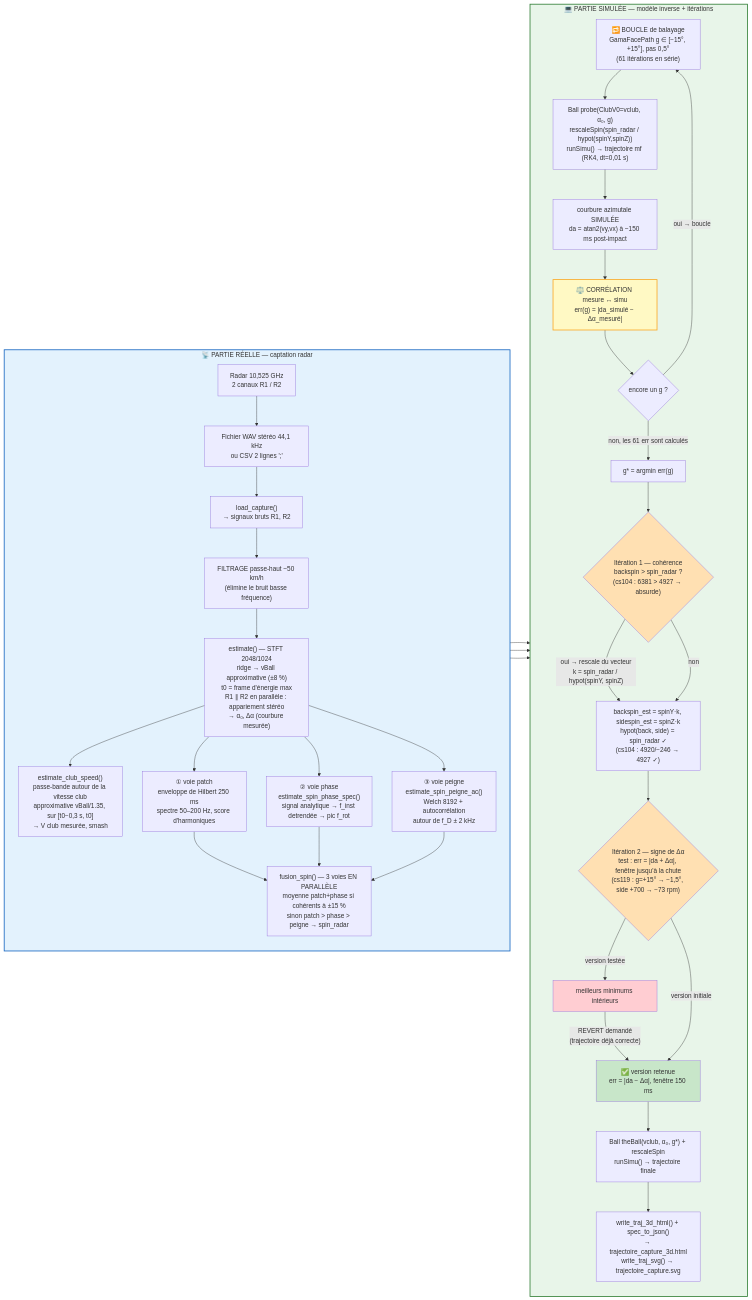
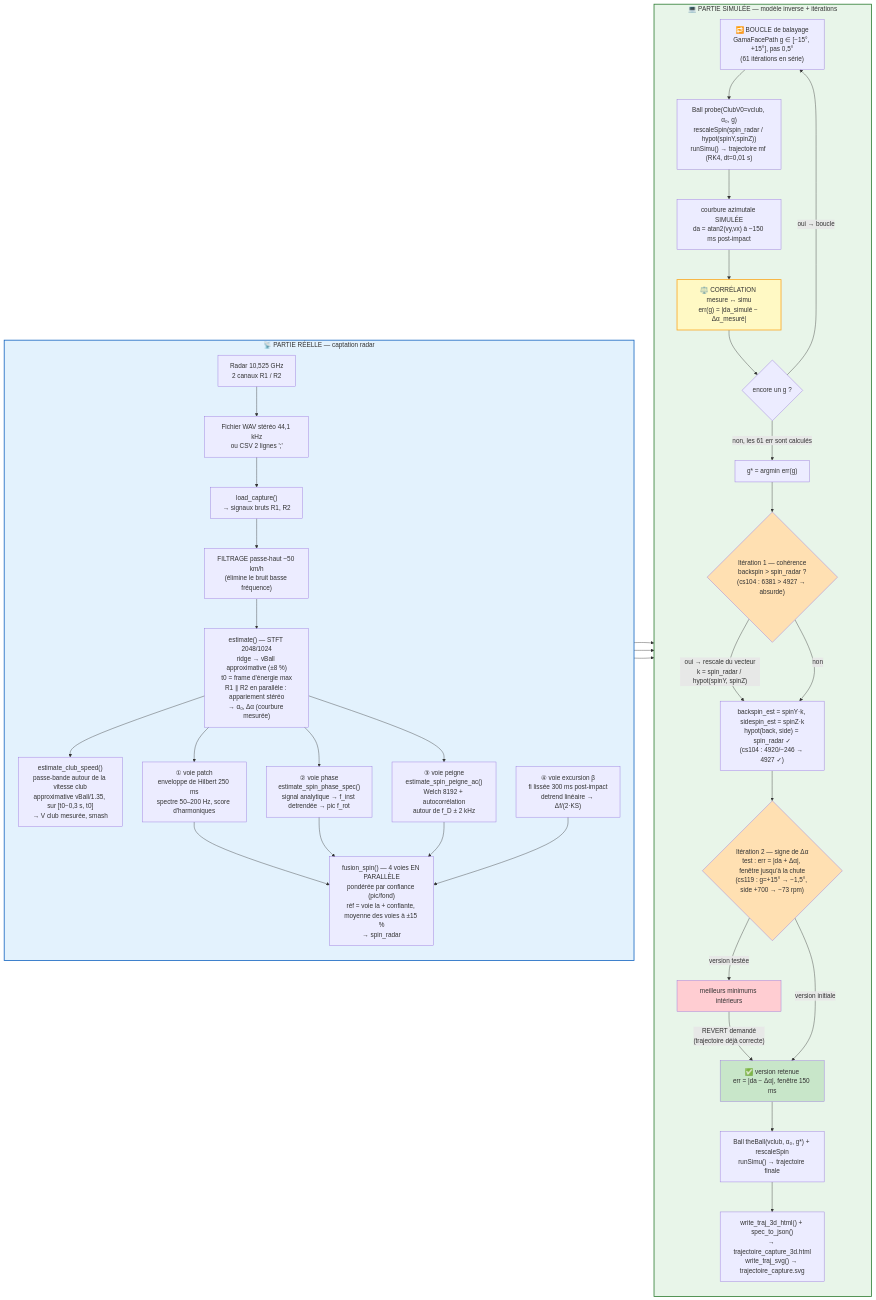
One commit to philippematthieu/CaptureGolfBallRadar changed the diagram in Cpp/README.md. Above: the diagram before and after it, drawn with Mermaid. The commit also changed other lines of this file and 10 other files, not shown here.

````diff
--- a/Cpp/README.md
+++ b/Cpp/README.md
@@ -219,48 +221,49 @@
 ```mermaid
 flowchart LR
     subgraph REAL["📡 PARTIE RÉELLE — captation radar"]
         direction TB
         R["Radar 10,525 GHz<br/>2 canaux R1 / R2"] --> W["Fichier WAV stéréo 44,1 kHz<br/>ou CSV 2 lignes ';'"]
         W --> LC["load_capture()<br/>→ signaux bruts R1, R2"]
         LC --> HP["FILTRAGE passe-haut ~50 km/h<br/>(élimine le bruit basse fréquence)"]
         HP --> EST["estimate() — STFT 2048/1024<br/>ridge → vBall approximative (±8 %)<br/>t0 = frame d'énergie max<br/>R1 ∥ R2 en parallèle : appariement stéréo<br/>→ α₀, Δα (courbure mesurée)"]
         EST --> VCLUB["estimate_club_speed()<br/>passe-bande autour de la vitesse club<br/>approximative vBall/1.35, sur [t0−0,3 s, t0]<br/>→ V club mesurée, smash"]
         EST --> S1 & S2 & S3
         S1["① voie patch<br/>enveloppe de Hilbert 250 ms<br/>spectre 50–200 Hz, score d'harmoniques"]
         S2["② voie phase<br/>estimate_spin_phase_spec()<br/>signal analytique → f_inst detrendée → pic f_rot"]
         S3["③ voie peigne<br/>estimate_spin_peigne_ac()<br/>Welch 8192 + autocorrélation<br/>autour de f_D ± 2 kHz"]
-        S1 & S2 & S3 --> FUS["fusion_spin() — 3 voies EN PARALLÈLE<br/>moyenne patch+phase si cohérents à ±15 %<br/>sinon patch > phase > peigne → spin_radar"]
+        S4["④ voie excursion β<br/>fi lissée 300 ms post-impact<br/>detrend linéaire → Δf/(2·KS)"]
+        S1 & S2 & S3 & S4 --> FUS["fusion_spin() — 4 voies EN PARALLÈLE<br/>pondérée par confiance (pic/fond)<br/>réf = voie la + confiante, moyenne des voies à ±15 %<br/>→ spin_radar"]
     end
 
     subgraph SIMU["💻 PARTIE SIMULÉE — modèle inverse + itérations"]
         direction TB
         SWEEP["🔁 BOUCLE de balayage<br/>GamaFacePath g ∈ [−15°, +15°], pas 0,5°<br/>(61 itérations en série)"]
         SWEEP --> PROBE["Ball probe(ClubV0=vclub, α₀, g)<br/>rescaleSpin(spin_radar / hypot(spinY,spinZ))<br/>runSimu() → trajectoire mf (RK4, dt=0,01 s)"]
         PROBE --> DA["courbure azimutale SIMULÉE<br/>da = atan2(vy,vx) à ~150 ms post-impact"]
         DA --> CORR["⚖️ CORRÉLATION mesure ↔ simu<br/>err(g) = |da_simulé − Δα_mesuré|"]
         CORR --> NEXT{"encore un g ?"}
         NEXT -- "oui → boucle" --> SWEEP
         NEXT -- "non, les 61 err sont calculés" --> G["g* = argmin err(g)"]
         G --> IT1{"Itération 1 — cohérence<br/>backspin > spin_radar ?<br/>(cs104 : 6381 > 4927 → absurde)"}
         IT1 -- "oui → rescale du vecteur<br/>k = spin_radar / hypot(spinY, spinZ)" --> VEC["backspin_est = spinY·k, sidespin_est = spinZ·k<br/>hypot(back, side) = spin_radar ✓<br/>(cs104 : 4920/−246 → 4927 ✓)"]
         IT1 -- "non" --> VEC
         VEC --> IT2{"Itération 2 — signe de Δα<br/>test : err = |da + Δα|, fenêtre jusqu'à la chute<br/>(cs119 : g=+15° → −1,5°, side +700 → −73 rpm)"}
         IT2 -- "version testée" --> T["meilleurs minimums intérieurs"]
         T -- "REVERT demandé<br/>(trajectoire déjà correcte)" --> RET["✅ version retenue<br/>err = |da − Δα|, fenêtre 150 ms"]
         IT2 -- "version initiale" --> RET
         RET --> FINAL["Ball theBall(vclub, α₀, g*) + rescaleSpin<br/>runSimu() → trajectoire finale"]
         FINAL --> OUT["write_traj_3d_html() + spec_to_json()<br/>→ trajectoire_capture_3d.html<br/>write_traj_svg() → trajectoire_capture.svg"]
     end
 
     FUS --> SWEEP
     VCLUB --> SWEEP
     EST --> SWEEP
 
     style REAL fill:#e3f2fd,stroke:#1565c0,stroke-width:2px
     style SIMU fill:#e8f5e9,stroke:#2e7d32,stroke-width:2px
     style CORR fill:#fff9c4,stroke:#f9a825,stroke-width:2px
     style IT1 fill:#ffe0b2
     style IT2 fill:#ffe0b2
     style T fill:#ffcdd2
     style RET fill:#c8e6c9
 ```
````
